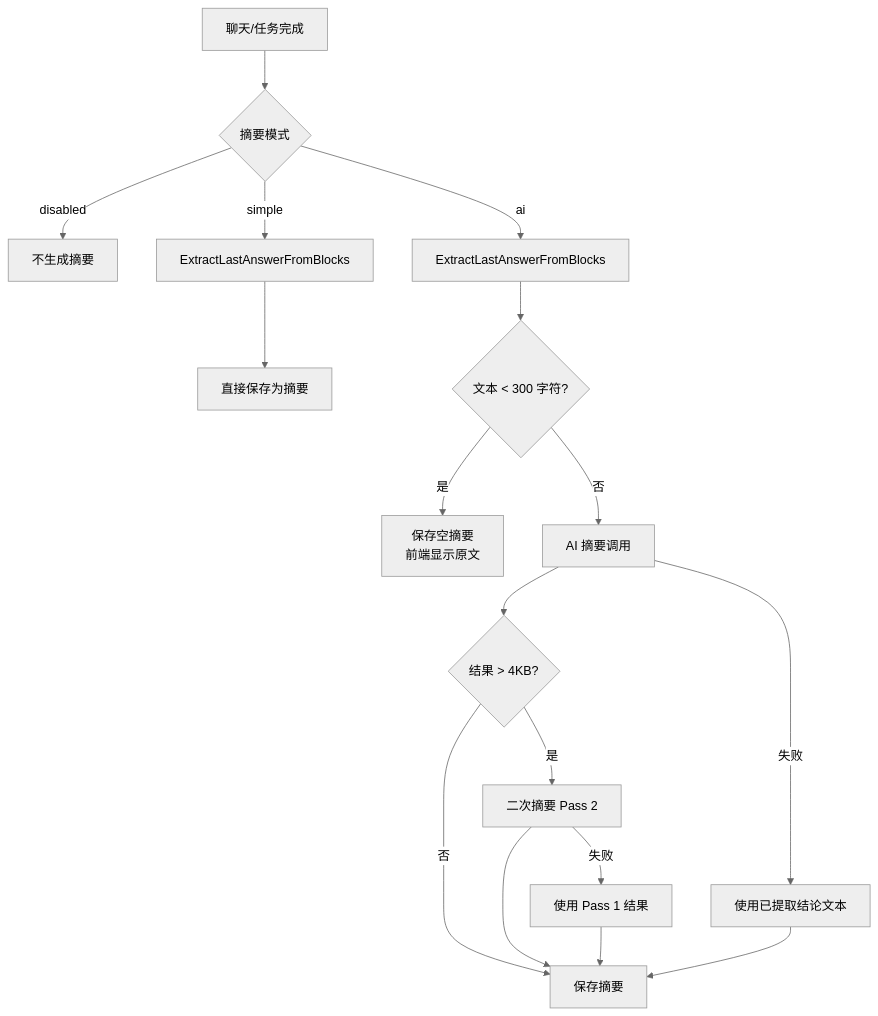
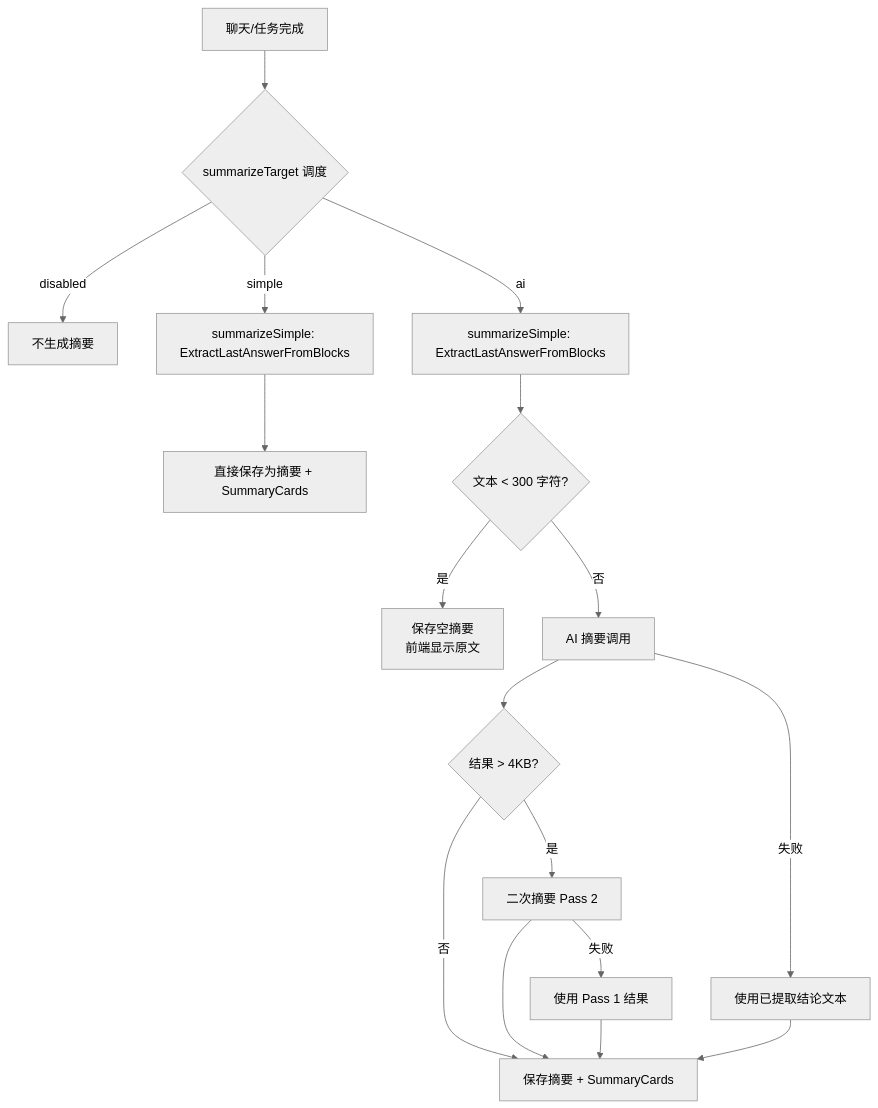
The first of 2 diagrams in docs/spec/core/summarization.md (clawbench-dev/clawbench), drawn with Mermaid (neutral theme) before and after one commit. The commit also changed other lines of this file and 9 other files, not shown here.

````diff
--- a/docs/spec/core/summarization.md
+++ b/docs/spec/core/summarization.md
@@ -9,19 +9,19 @@
 ```mermaid
 flowchart TD
-    A[聊天/任务完成] --> B{摘要模式}
+    A[聊天/任务完成] --> B{summarizeTarget 调度}
     B -->|disabled| Z[不生成摘要]
-    B -->|simple| C[ExtractLastAnswerFromBlocks]
-    C --> D[直接保存为摘要]
-    B -->|ai| E[ExtractLastAnswerFromBlocks]
+    B -->|simple| C[summarizeSimple: ExtractLastAnswerFromBlocks]
+    C --> D[直接保存为摘要 + SummaryCards]
+    B -->|ai| E[summarizeSimple: ExtractLastAnswerFromBlocks]
     E --> F{文本 < 300 字符?}
     F -->|是| G[保存空摘要<br/>前端显示原文]
     F -->|否| H[AI 摘要调用]
     H --> I{结果 > 4KB?}
-    I -->|否| J[保存摘要]
+    I -->|否| J[保存摘要 + SummaryCards]
     I -->|是| K[二次摘要 Pass 2]
     K --> J
     K -->|失败| L[使用 Pass 1 结果]
     L --> J
     H -->|失败| M[使用已提取结论文本]
     M --> J
 ```
````
